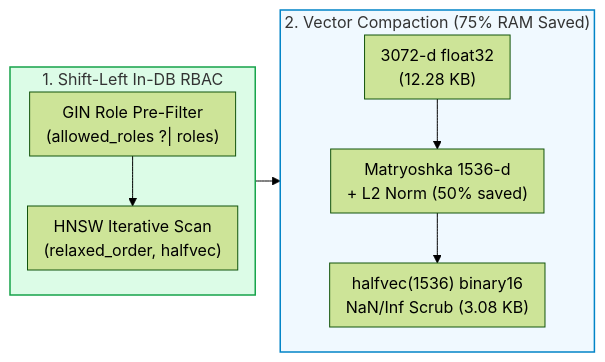
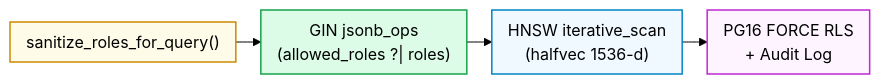
One commit to Kenono2000/enterprise-rag-pgvector-rbac changed the second of 6 diagrams in README.md. Above: the diagram before and after it, drawn with Mermaid (forest theme). The commit also changed other lines of this file, not shown here.

````diff
--- a/README.md
+++ b/README.md
@@ -55,15 +50,9 @@
 ```mermaid
 %%{init: {'flowchart': {'nodeSpacing': 15, 'rankSpacing': 25, 'padding': 8}}}%%
 flowchart LR
-    subgraph PreFilter ["1. Shift-Left In-DB RBAC"]
-        direction TB
-        GIN["GIN Role Pre-Filter<br/>(allowed_roles ?| roles)"] --> HNSW["HNSW Iterative Scan<br/>(relaxed_order, halfvec)"]
-    end
-    subgraph Compaction ["2. Vector Compaction (75% RAM Saved)"]
-        direction TB
-        V3072["3072-d float32<br/>(12.28 KB)"] --> MRL["Matryoshka 1536-d<br/>+ L2 Norm (50% saved)"] --> Half["halfvec(1536) binary16<br/>NaN/Inf Scrub (3.08 KB)"]
-    end
-    PreFilter --> Compaction
-    style PreFilter fill:#dcfce7,stroke:#16a34a,stroke-width:1.5px
-    style Compaction fill:#f0f9ff,stroke:#0284c7,stroke-width:1.5px
+    San["sanitize_roles_for_query()"] --> GIN["GIN jsonb_ops<br/>(allowed_roles ?| roles)"] --> HNSW["HNSW iterative_scan<br/>(halfvec 1536-d)"] --> RLS["PG16 FORCE RLS<br/>+ Audit Log"]
+    style San fill:#fefce8,stroke:#ca8a04,stroke-width:1.5px
+    style GIN fill:#dcfce7,stroke:#16a34a,stroke-width:1.5px
+    style HNSW fill:#f0f9ff,stroke:#0284c7,stroke-width:1.5px
+    style RLS fill:#fdf4ff,stroke:#c026d3,stroke-width:1.5px
 ```
````
